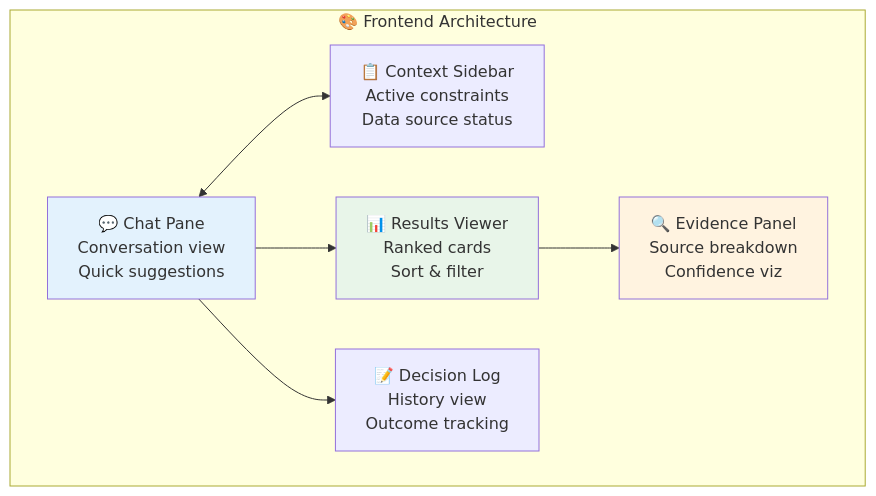
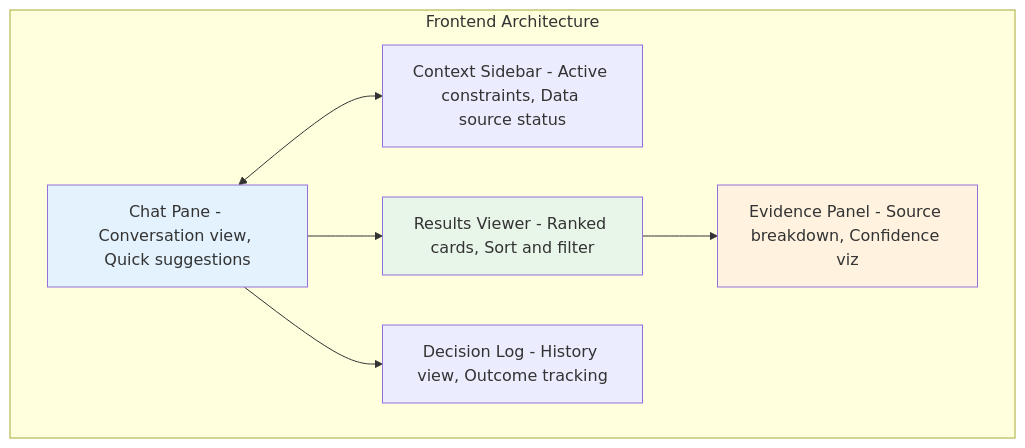
Before and after one commit to Arjun-Walia/MERIDIAN-: the tenth of 10 diagrams in README.md, drawn with Mermaid. The commit also changed other lines of this file, not shown here.

````diff
--- a/README.md
+++ b/README.md
@@ -583,19 +493,19 @@
 ```mermaid
 graph TB
-    subgraph "🎨 Frontend Architecture"
-        A["💬 Chat Pane<br/>Conversation view<br/>Quick suggestions"]
-        B["📋 Context Sidebar<br/>Active constraints<br/>Data source status"]
-        C["📊 Results Viewer<br/>Ranked cards<br/>Sort & filter"]
-        D["🔍 Evidence Panel<br/>Source breakdown<br/>Confidence viz"]
-        E["📝 Decision Log<br/>History view<br/>Outcome tracking"]
+    subgraph "Frontend Architecture"
+        A["Chat Pane - Conversation view, Quick suggestions"]
+        B["Context Sidebar - Active constraints, Data source status"]
+        C["Results Viewer - Ranked cards, Sort and filter"]
+        D["Evidence Panel - Source breakdown, Confidence viz"]
+        E["Decision Log - History view, Outcome tracking"]
     end
     
     A <--> B
     A --> C
     C --> D
     A --> E
     
     style A fill:#e3f2fd
     style C fill:#e8f5e9
     style D fill:#fff3e0
 ```
````
